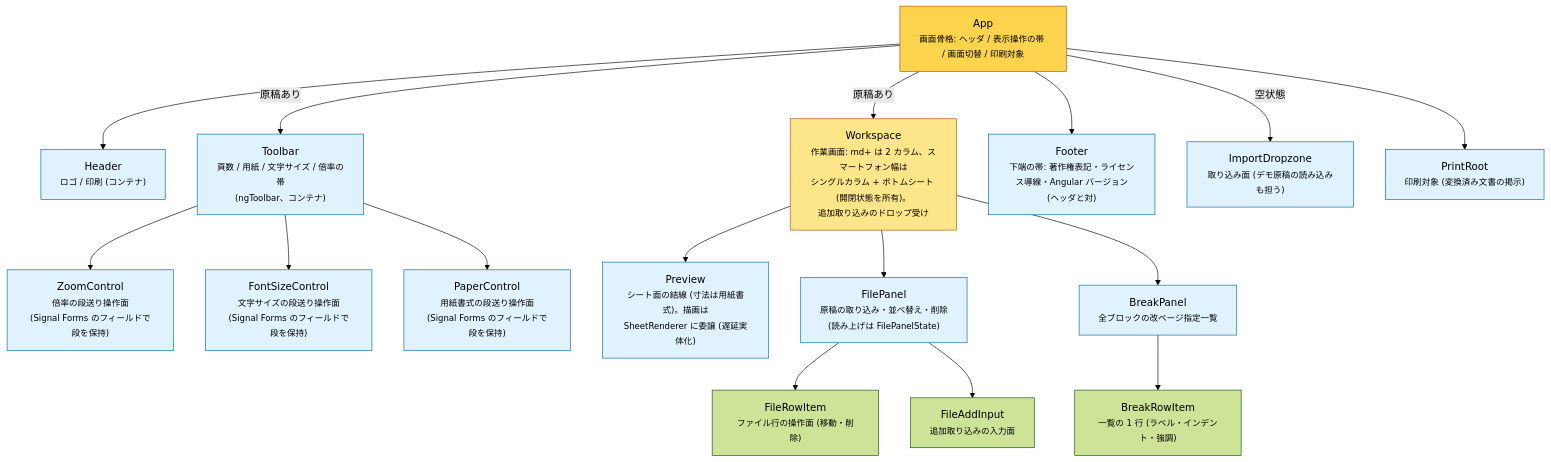
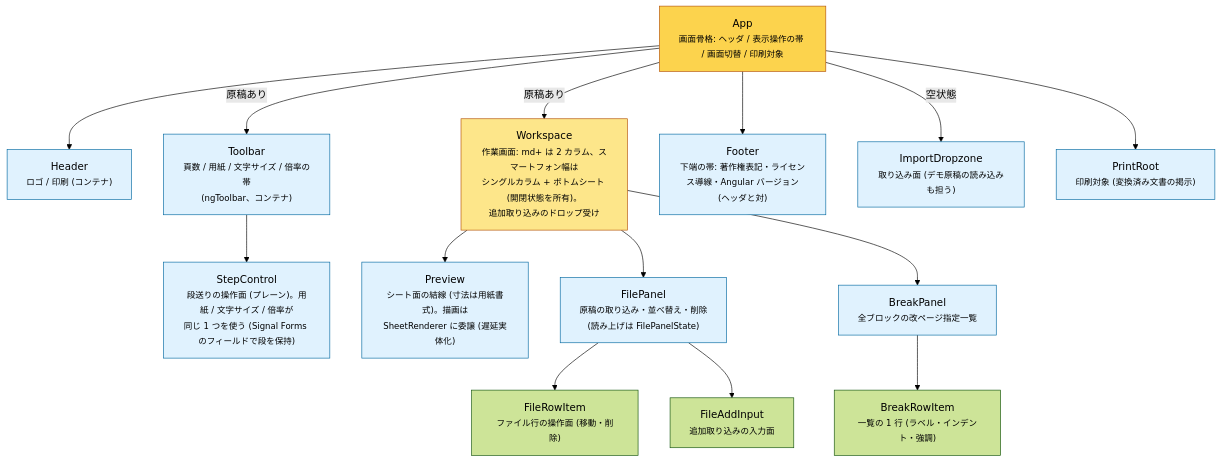
One commit to lacolaco/printmd changed the diagram in docs/component-tree.md. Above: the diagram before and after it, drawn with Mermaid (forest theme). The commit also changed other lines of this file and 28 other files, not shown here.

````diff
--- a/docs/component-tree.md
+++ b/docs/component-tree.md
@@ -6,42 +6,38 @@
 ```mermaid
 flowchart TB
   APP["App<br/><small>画面骨格: ヘッダ / 表示操作の帯 / 画面切替 / 印刷対象</small>"]
   HEADER["Header<br/><small>ロゴ / 印刷 (コンテナ)</small>"]
   TOOLBAR["Toolbar<br/><small>頁数 / 用紙 / 文字サイズ / 倍率の帯<br/>(ngToolbar、コンテナ)</small>"]
-  ZOOMC["ZoomControl<br/><small>倍率の段送り操作面<br/>(Signal Forms のフィールドで段を保持)</small>"]
-  FONTC["FontSizeControl<br/><small>文字サイズの段送り操作面<br/>(Signal Forms のフィールドで段を保持)</small>"]
-  PAPERC["PaperControl<br/><small>用紙書式の段送り操作面<br/>(Signal Forms のフィールドで段を保持)</small>"]
+  STEPC["StepControl<br/><small>段送りの操作面 (プレーン)。用紙 / 文字サイズ / 倍率が<br/>同じ 1 つを使う (Signal Forms のフィールドで段を保持)</small>"]
   WS["Workspace<br/><small>作業画面: md+ は 2 カラム、スマートフォン幅は<br/>シングルカラム + ボトムシート (開閉状態を所有)。<br/>追加取り込みのドロップ受け</small>"]
   PREVIEW["Preview<br/><small>シート面の結線 (寸法は用紙書式)。描画は<br/>SheetRenderer に委譲 (遅延実体化)</small>"]
   FILEP["FilePanel<br/><small>原稿の取り込み・並べ替え・削除<br/>(読み上げは FilePanelState)</small>"]
   BREAKP["BreakPanel<br/><small>全ブロックの改ページ指定一覧</small>"]
   BREAKROW["BreakRowItem<br/><small>一覧の 1 行 (ラベル・インデント・強調)</small>"]
   FILEROW["FileRowItem<br/><small>ファイル行の操作面 (移動・削除)</small>"]
   FILEADD["FileAddInput<br/><small>追加取り込みの入力面</small>"]
   FOOTER["Footer<br/><small>下端の帯: 著作権表記・ライセンス導線・Angular バージョン<br/>(ヘッダと対)</small>"]
   DROP["ImportDropzone<br/><small>取り込み面 (デモ原稿の読み込みも担う)</small>"]
   PRINT["PrintRoot<br/><small>印刷対象 (変換済み文書の掲示)</small>"]
 
   APP --> HEADER
   APP -->|"原稿あり"| TOOLBAR
-  TOOLBAR --> PAPERC
-  TOOLBAR --> FONTC
-  TOOLBAR --> ZOOMC
+  TOOLBAR --> STEPC
   APP --> FOOTER
   APP -->|"原稿あり"| WS
   APP -->|"空状態"| DROP
   APP --> PRINT
   WS --> PREVIEW
   WS --> FILEP
   WS --> BREAKP
   BREAKP --> BREAKROW
   FILEP --> FILEROW
   FILEP --> FILEADD
 
   classDef shell fill:#fcd34d,stroke:#b45309
   classDef layout fill:#fde68a,stroke:#b45309
   classDef leaf fill:#e0f2fe,stroke:#0369a1
   class APP shell
   class WS layout
-  class HEADER,TOOLBAR,ZOOMC,FONTC,PAPERC,PREVIEW,FILEP,BREAKP,FOOTER,DROP,PRINT leaf
+  class HEADER,TOOLBAR,STEPC,PREVIEW,FILEP,BREAKP,FOOTER,DROP,PRINT leaf
 ```
````
